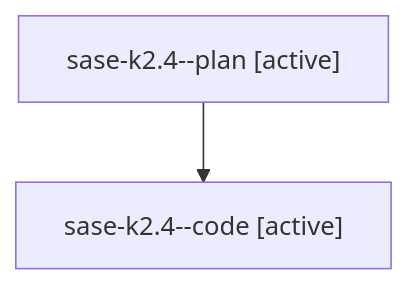
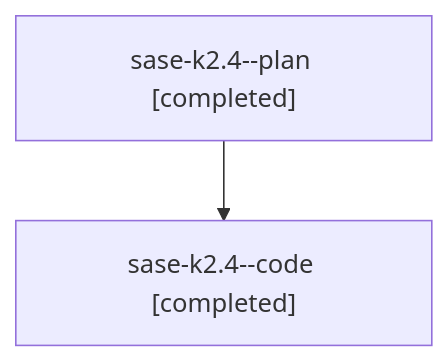
Before and after one commit to sase-org/sase--agents: the diagram in families/bbugyi200.athena.sase-k2.4.md, drawn with Mermaid. The commit also changed other lines of this file and 1163 other files, not shown here.

````diff
--- a/families/bbugyi200.athena.sase-k2.4.md
+++ b/families/bbugyi200.athena.sase-k2.4.md
@@ -9,6 +9,6 @@
 ```mermaid
 flowchart TD
-  n0["sase-k2.4--plan [active]"]
-  n1["sase-k2.4--code [active]"]
+  n0["sase-k2.4--plan [completed]"]
+  n1["sase-k2.4--code [completed]"]
   n0 --> n1
 ```
````
